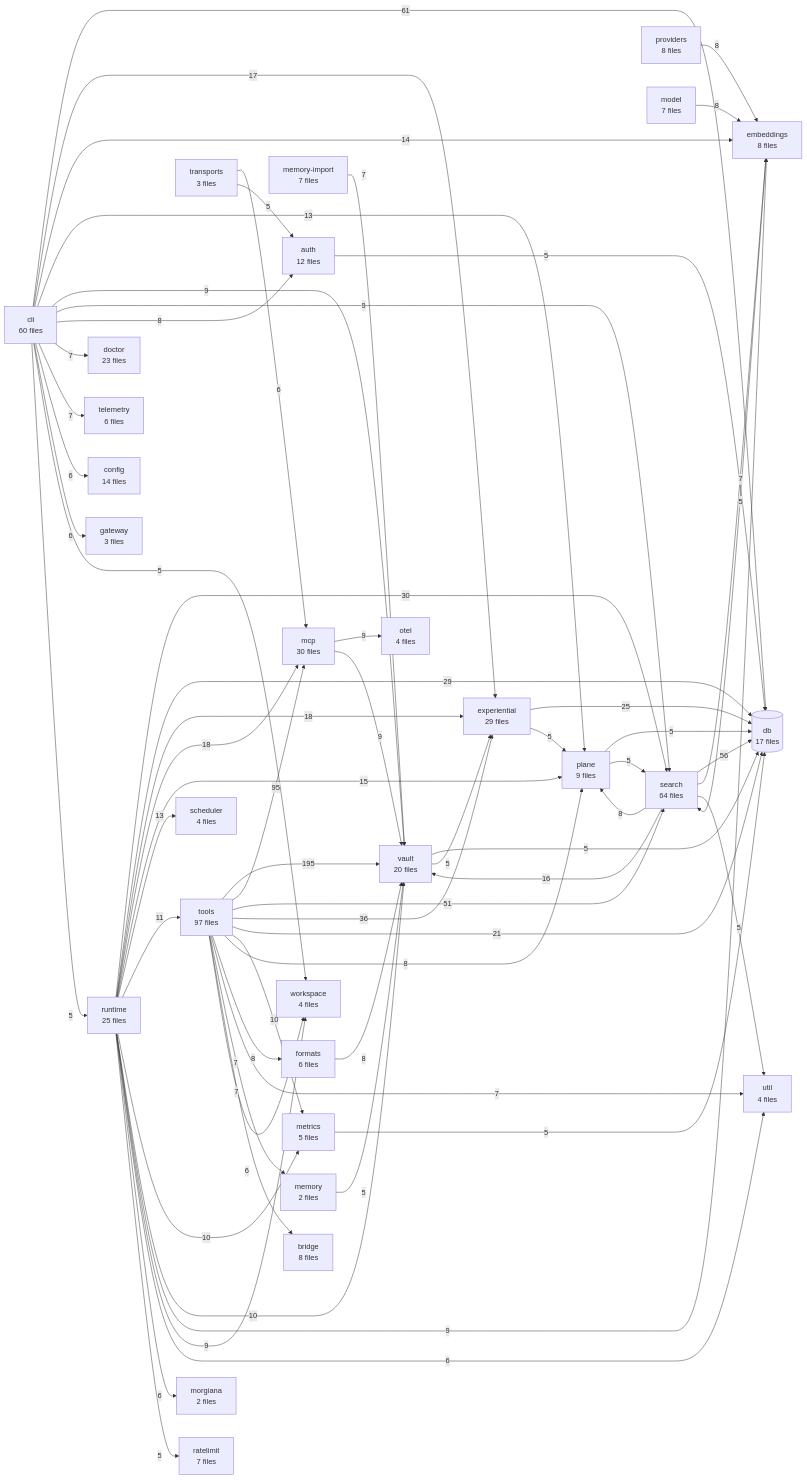
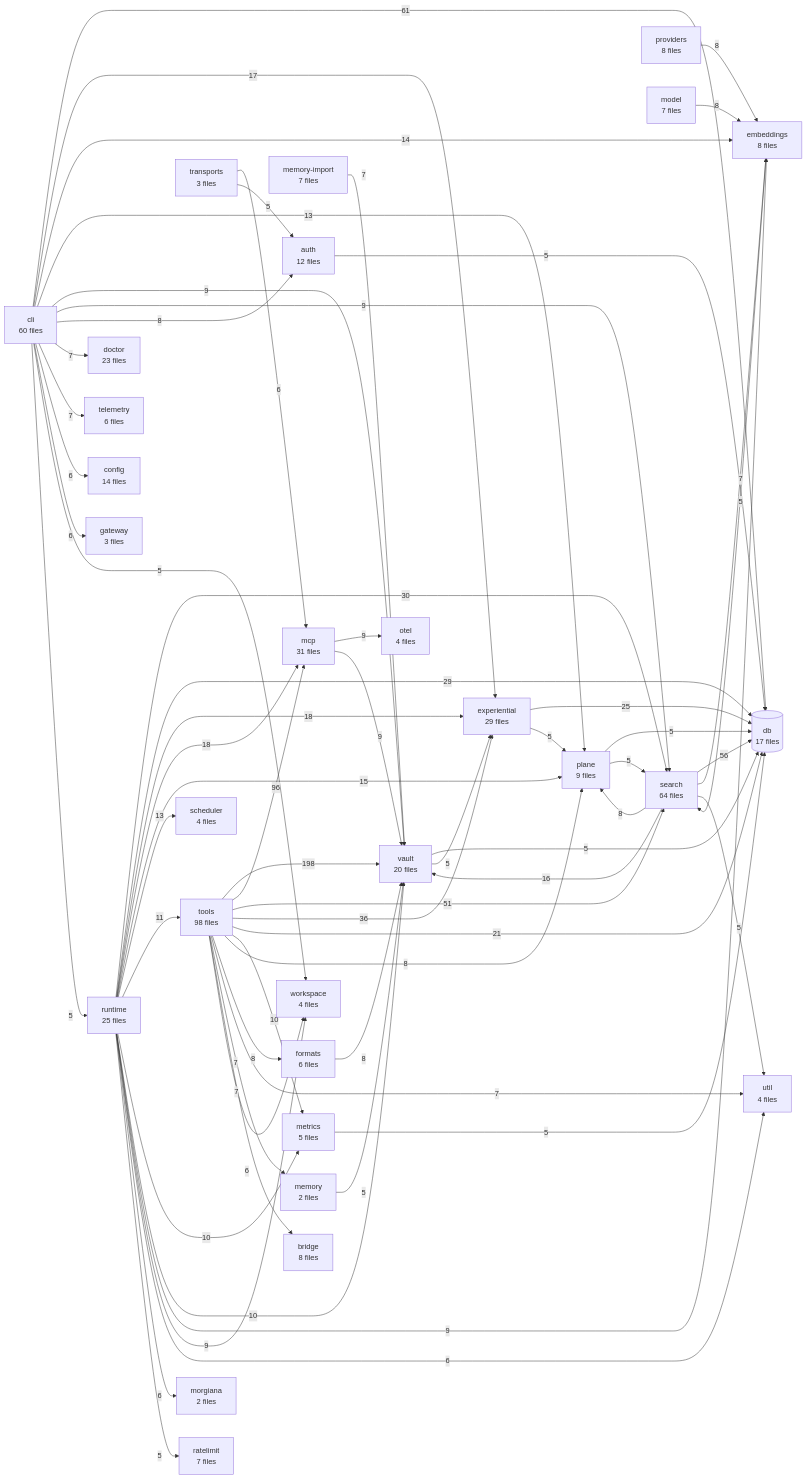
Before and after one commit to The-40-Thieves/obsidian-tc: the diagram in TREE.md, drawn with Mermaid. The commit also changed other lines of this file and 1 other file, not shown here.

````diff
--- a/TREE.md
+++ b/TREE.md
@@ -329,9 +329,9 @@
 ```mermaid
 flowchart LR
-  tools[tools<br/>97 files]
+  tools[tools<br/>98 files]
   search[search<br/>64 files]
   cli[cli<br/>60 files]
-  mcp[mcp<br/>30 files]
+  mcp[mcp<br/>31 files]
   experiential[experiential<br/>29 files]
   runtime[runtime<br/>25 files]
   doctor[doctor<br/>23 files]
@@ -358,8 +358,8 @@
   memory[memory<br/>2 files]
   morgiana[morgiana<br/>2 files]
 
-  tools -->|195| vault
-  tools -->|95| mcp
+  tools -->|198| vault
+  tools -->|96| mcp
   cli -->|61| db
   search -->|56| db
   tools -->|51| search
````
